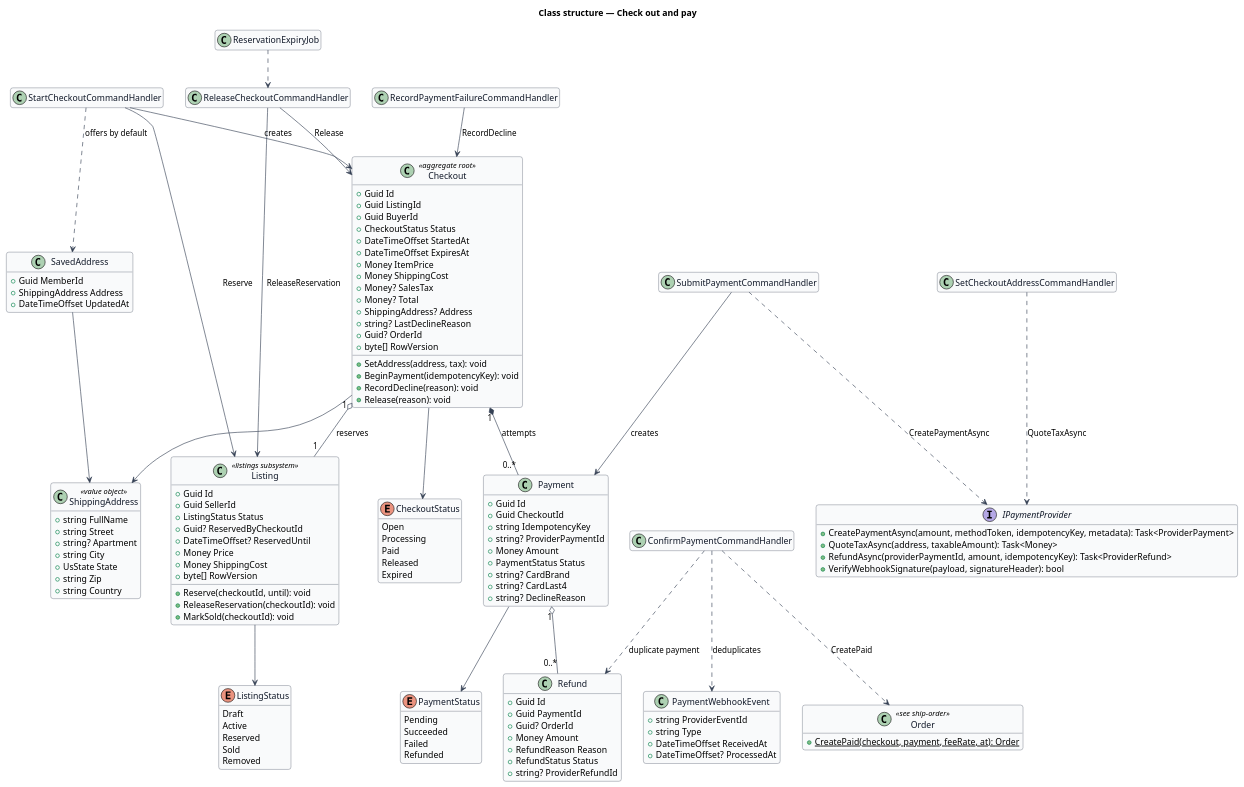
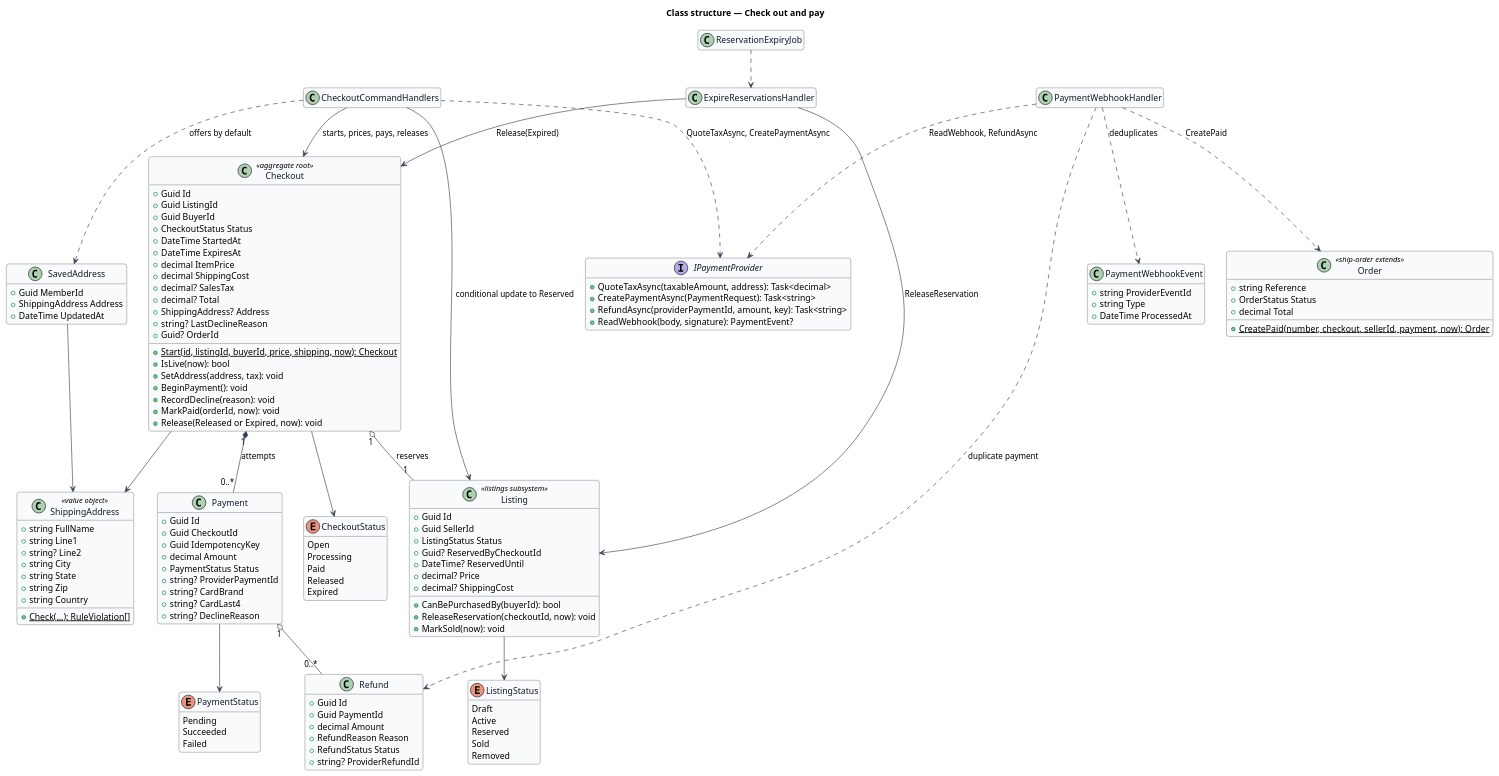
The diagram in docs/detailed-designs/orders/checkout-and-pay/diagrams/class-structure.puml (QuinntyneBrown/12l), drawn with PlantUML before and after one commit. The commit also changed 66 other files, not shown here.

```diff
--- a/docs/detailed-designs/orders/checkout-and-pay/diagrams/class-structure.puml
+++ b/docs/detailed-designs/orders/checkout-and-pay/diagrams/class-structure.puml
@@ -1,146 +1,143 @@
 @startuml
 skinparam backgroundColor #FFFFFF
 skinparam shadowing false
 skinparam roundcorner 8
 skinparam defaultFontName Arial
 skinparam ArrowColor #344054
 skinparam class {
   BorderColor #344054
   FontColor #101828
   BackgroundColor #F9FAFB
 }
 hide empty members
 title Class structure — Check out and pay
 
 enum CheckoutStatus {
   Open
   Processing
   Paid
   Released
   Expired
 }
 enum PaymentStatus {
   Pending
   Succeeded
   Failed
-  Refunded
 }
 enum ListingStatus {
   Draft
   Active
   Reserved
   Sold
   Removed
 }
 class Listing <<listings subsystem>> {
   +Guid Id
   +Guid SellerId
   +ListingStatus Status
   +Guid? ReservedByCheckoutId
-  +DateTimeOffset? ReservedUntil
-  +Money Price
-  +Money ShippingCost
-  +byte[] RowVersion
-  +Reserve(checkoutId, until): void
-  +ReleaseReservation(checkoutId): void
-  +MarkSold(checkoutId): void
+  +DateTime? ReservedUntil
+  +decimal? Price
+  +decimal? ShippingCost
+  +CanBePurchasedBy(buyerId): bool
+  +ReleaseReservation(checkoutId, now): void
+  +MarkSold(now): void
 }
 class Checkout <<aggregate root>> {
   +Guid Id
   +Guid ListingId
   +Guid BuyerId
   +CheckoutStatus Status
-  +DateTimeOffset StartedAt
-  +DateTimeOffset ExpiresAt
-  +Money ItemPrice
-  +Money ShippingCost
-  +Money? SalesTax
-  +Money? Total
+  +DateTime StartedAt
+  +DateTime ExpiresAt
+  +decimal ItemPrice
+  +decimal ShippingCost
+  +decimal? SalesTax
+  +decimal? Total
   +ShippingAddress? Address
   +string? LastDeclineReason
   +Guid? OrderId
-  +byte[] RowVersion
+  +{static} Start(id, listingId, buyerId, price, shipping, now): Checkout
+  +IsLive(now): bool
   +SetAddress(address, tax): void
-  +BeginPayment(idempotencyKey): void
+  +BeginPayment(): void
   +RecordDecline(reason): void
-  +Release(reason): void
+  +MarkPaid(orderId, now): void
+  +Release(Released or Expired, now): void
 }
 class Payment {
   +Guid Id
   +Guid CheckoutId
-  +string IdempotencyKey
+  +Guid IdempotencyKey
+  +decimal Amount
+  +PaymentStatus Status
   +string? ProviderPaymentId
-  +Money Amount
-  +PaymentStatus Status
   +string? CardBrand
   +string? CardLast4
   +string? DeclineReason
 }
 class PaymentWebhookEvent {
   +string ProviderEventId
   +string Type
-  +DateTimeOffset ReceivedAt
-  +DateTimeOffset? ProcessedAt
+  +DateTime ProcessedAt
 }
 class Refund {
   +Guid Id
   +Guid PaymentId
-  +Guid? OrderId
-  +Money Amount
+  +decimal Amount
   +RefundReason Reason
   +RefundStatus Status
   +string? ProviderRefundId
 }
 class SavedAddress {
   +Guid MemberId
   +ShippingAddress Address
-  +DateTimeOffset UpdatedAt
+  +DateTime UpdatedAt
 }
 class ShippingAddress <<value object>> {
   +string FullName
-  +string Street
-  +string? Apartment
+  +string Line1
+  +string? Line2
   +string City
-  +UsState State
+  +string State
   +string Zip
   +string Country
+  +{static} Check(...): RuleViolation[]
 }
-class Order <<see ship-order>> {
-  +{static} CreatePaid(checkout, payment, feeRate, at): Order
+class Order <<ship-order extends>> {
+  +string Reference
+  +OrderStatus Status
+  +decimal Total
+  +{static} CreatePaid(number, checkout, sellerId, payment, now): Order
 }
 interface IPaymentProvider {
-  +CreatePaymentAsync(amount, methodToken, idempotencyKey, metadata): Task<ProviderPayment>
-  +QuoteTaxAsync(address, taxableAmount): Task<Money>
-  +RefundAsync(providerPaymentId, amount, idempotencyKey): Task<ProviderRefund>
-  +VerifyWebhookSignature(payload, signatureHeader): bool
+  +QuoteTaxAsync(taxableAmount, address): Task<decimal>
+  +CreatePaymentAsync(PaymentRequest): Task<string>
+  +RefundAsync(providerPaymentId, amount, key): Task<string>
+  +ReadWebhook(body, signature): PaymentEvent?
 }
-class StartCheckoutCommandHandler
-class SetCheckoutAddressCommandHandler
-class SubmitPaymentCommandHandler
-class ConfirmPaymentCommandHandler
-class RecordPaymentFailureCommandHandler
-class ReleaseCheckoutCommandHandler
+class CheckoutCommandHandlers
+class PaymentWebhookHandler
+class ExpireReservationsHandler
 class ReservationExpiryJob
 
 Checkout --> CheckoutStatus
 Checkout --> ShippingAddress
 Checkout "1" o-- "1" Listing : reserves
 Checkout "1" *-- "0..*" Payment : attempts
 Payment --> PaymentStatus
 Payment "1" o-- "0..*" Refund
 Listing --> ListingStatus
 SavedAddress --> ShippingAddress
-StartCheckoutCommandHandler --> Listing : Reserve
-StartCheckoutCommandHandler --> Checkout : creates
-StartCheckoutCommandHandler ..> SavedAddress : offers by default
-SetCheckoutAddressCommandHandler ..> IPaymentProvider : QuoteTaxAsync
-SubmitPaymentCommandHandler ..> IPaymentProvider : CreatePaymentAsync
-SubmitPaymentCommandHandler --> Payment : creates
-ConfirmPaymentCommandHandler ..> PaymentWebhookEvent : deduplicates
-ConfirmPaymentCommandHandler ..> Order : CreatePaid
-ConfirmPaymentCommandHandler ..> Refund : duplicate payment
-RecordPaymentFailureCommandHandler --> Checkout : RecordDecline
-ReleaseCheckoutCommandHandler --> Checkout : Release
-ReleaseCheckoutCommandHandler --> Listing : ReleaseReservation
-ReservationExpiryJob ..> ReleaseCheckoutCommandHandler
+CheckoutCommandHandlers --> Listing : conditional update to Reserved
+CheckoutCommandHandlers --> Checkout : starts, prices, pays, releases
+CheckoutCommandHandlers ..> SavedAddress : offers by default
+CheckoutCommandHandlers ..> IPaymentProvider : QuoteTaxAsync, CreatePaymentAsync
+PaymentWebhookHandler ..> IPaymentProvider : ReadWebhook, RefundAsync
+PaymentWebhookHandler ..> PaymentWebhookEvent : deduplicates
+PaymentWebhookHandler ..> Order : CreatePaid
+PaymentWebhookHandler ..> Refund : duplicate payment
+ExpireReservationsHandler --> Checkout : Release(Expired)
+ExpireReservationsHandler --> Listing : ReleaseReservation
+ReservationExpiryJob ..> ExpireReservationsHandler
 @enduml
```
